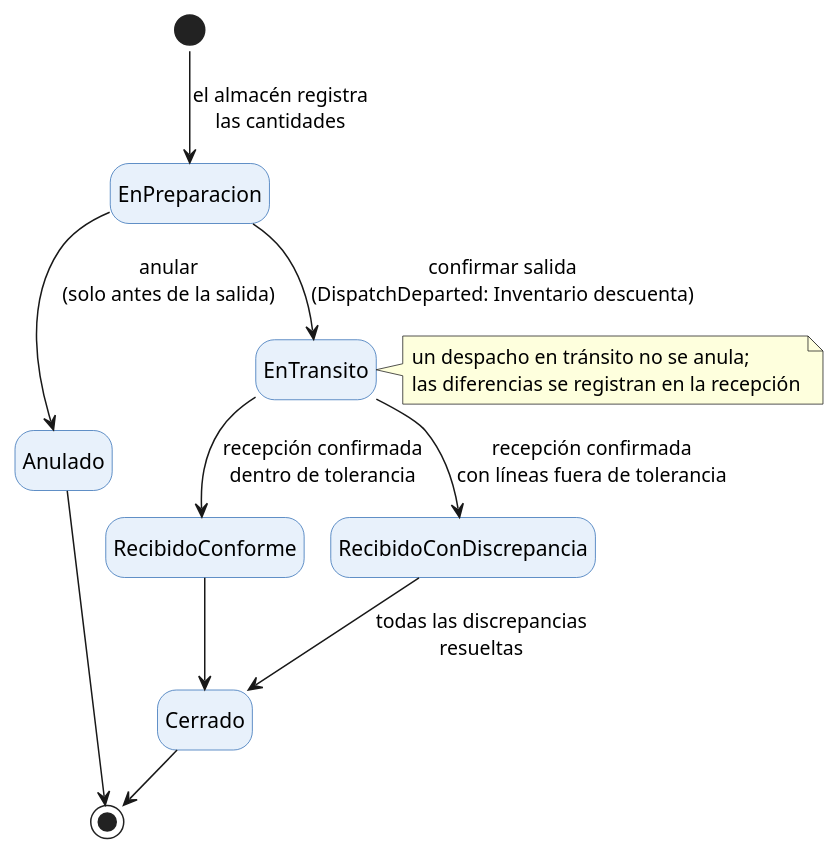
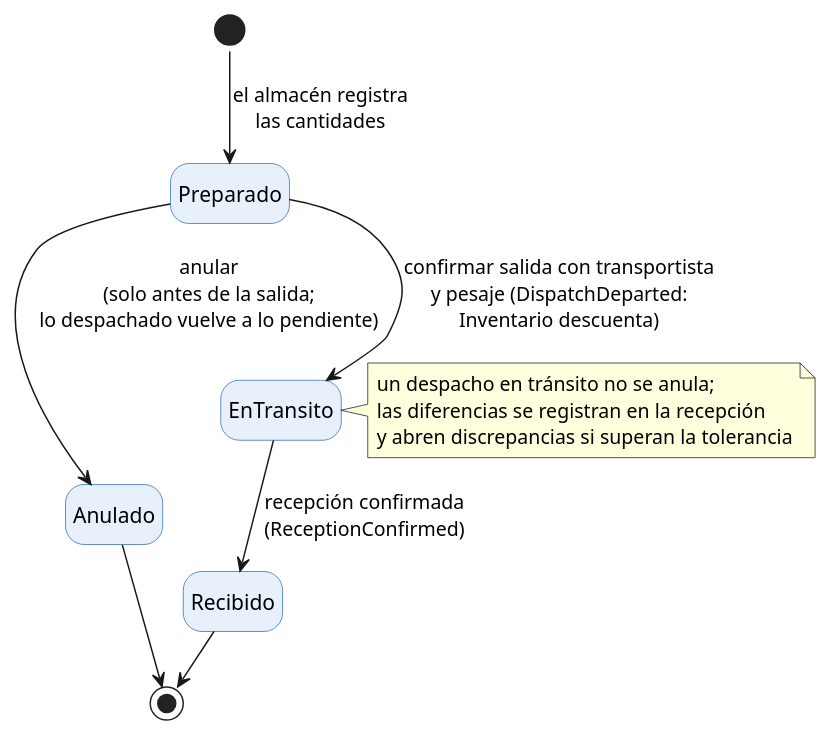
Before and after one commit to upc-pre-202620-1asi0657-9222-BobBuilder/buildshield-platform: the diagram in docs/report-figures/src/22-estados-despacho.puml, drawn with PlantUML. The commit also changed 9 other files, not shown here.

Commit message:
docs(report-figures): align state diagrams and kanban boards with code

```diff
--- a/docs/report-figures/src/22-estados-despacho.puml
+++ b/docs/report-figures/src/22-estados-despacho.puml
@@ -1,19 +1,16 @@
 @startuml 22-estados-despacho
 !pragma layout smetana
 skinparam defaultFontName Arial
 skinparam state {
   BackgroundColor #E8F1FB
   BorderColor #2F6DB5
 }
 hide empty description
-[*] --> EnPreparacion : el almacén registra\nlas cantidades
-EnPreparacion --> Anulado : anular\n(solo antes de la salida)
-EnPreparacion --> EnTransito : confirmar salida\n(DispatchDeparted: Inventario descuenta)
-EnTransito --> RecibidoConforme : recepción confirmada\ndentro de tolerancia
-EnTransito --> RecibidoConDiscrepancia : recepción confirmada\ncon líneas fuera de tolerancia
-RecibidoConDiscrepancia --> Cerrado : todas las discrepancias\nresueltas
-RecibidoConforme --> Cerrado
+[*] --> Preparado : el almacén registra\nlas cantidades
+Preparado --> Anulado : anular\n(solo antes de la salida;\nlo despachado vuelve a lo pendiente)
+Preparado --> EnTransito : confirmar salida con transportista\ny pesaje (DispatchDeparted:\nInventario descuenta)
+EnTransito --> Recibido : recepción confirmada\n(ReceptionConfirmed)
 Anulado --> [*]
-Cerrado --> [*]
-note right of EnTransito : un despacho en tránsito no se anula;\nlas diferencias se registran en la recepción
+Recibido --> [*]
+note right of EnTransito : un despacho en tránsito no se anula;\nlas diferencias se registran en la recepción\ny abren discrepancias si superan la tolerancia
 @enduml
```
